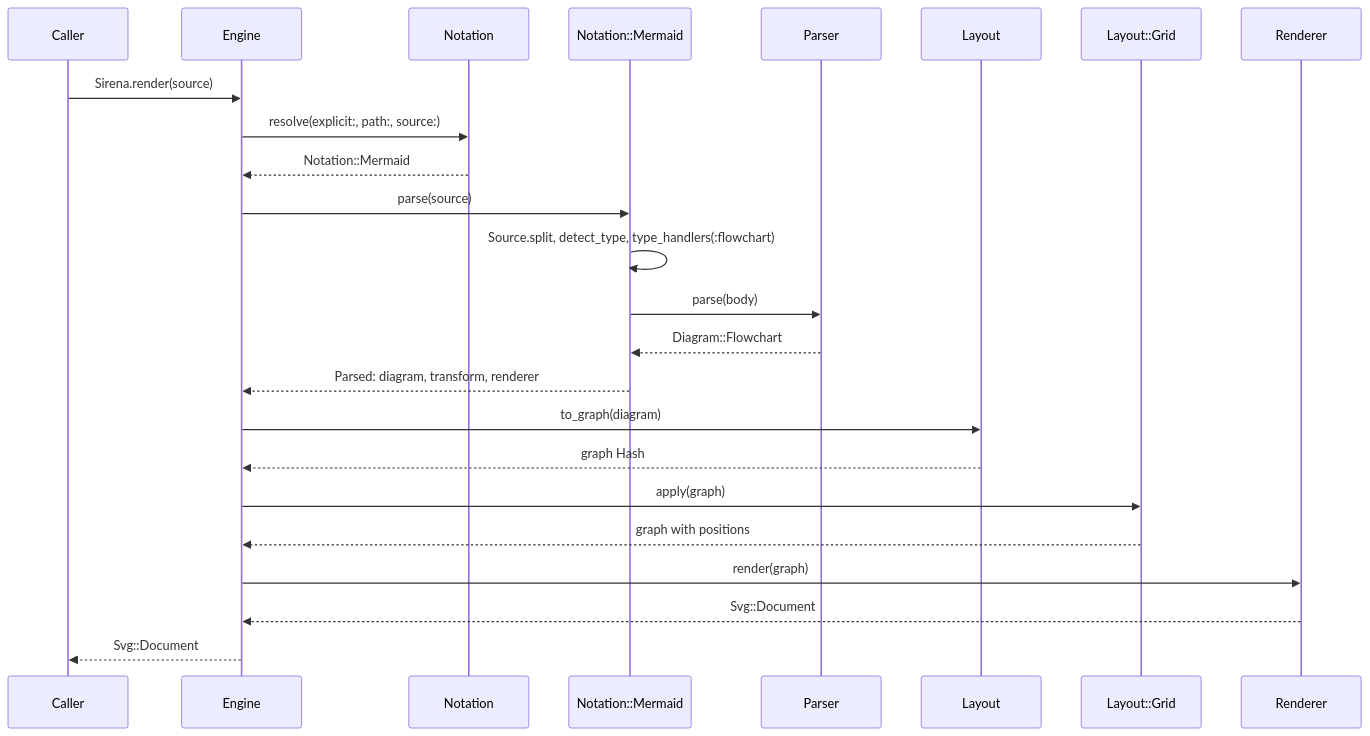
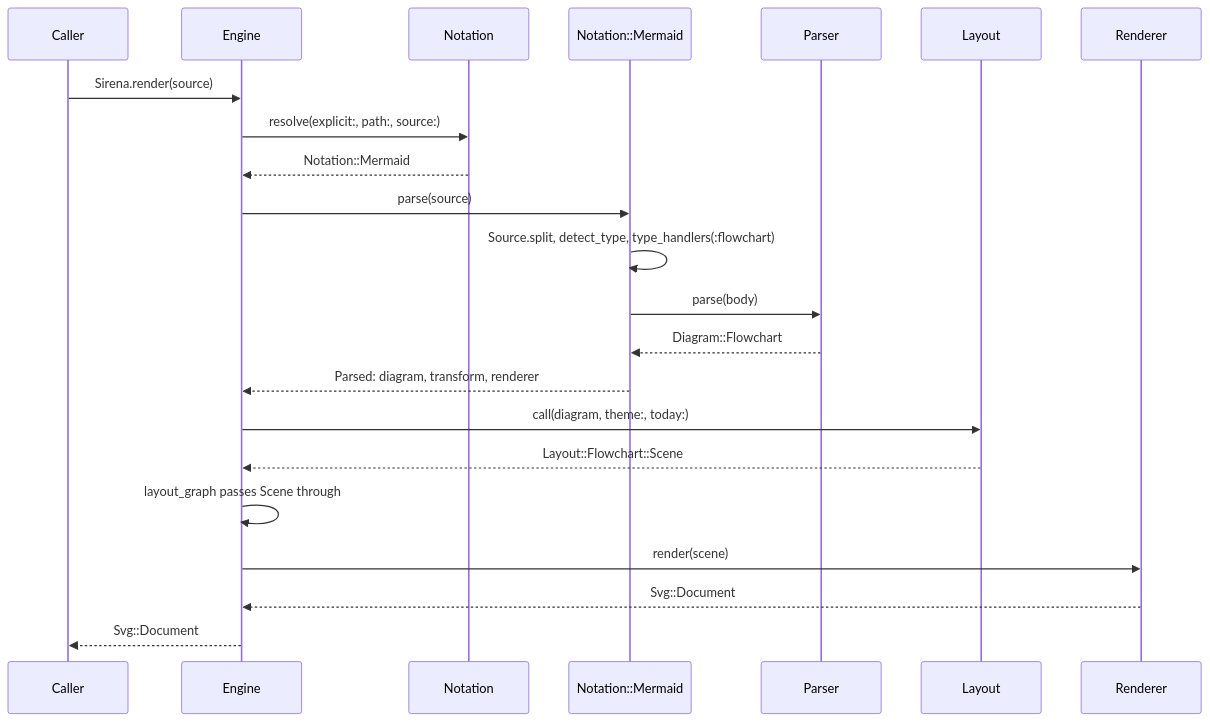
The second of 3 diagrams in ARCHITECTURE.md (claricle/sirena), drawn with Mermaid before and after one commit. The commit also changed other lines of this file, not shown here.

Commit message:
correct architecture pipeline

````diff
--- a/ARCHITECTURE.md
+++ b/ARCHITECTURE.md
@@ -540,26 +553,24 @@
 ```mermaid
 sequenceDiagram
     participant U as Caller
     participant E as Engine
     participant R as Notation
     participant N as Notation::Mermaid
     participant P as Parser
     participant T as Layout
-    participant L as Layout::Grid
     participant D as Renderer
     U->>E: Sirena.render(source)
     E->>R: resolve(explicit:, path:, source:)
     R-->>E: Notation::Mermaid
     E->>N: parse(source)
     N->>N: Source.split, detect_type, type_handlers(:flowchart)
     N->>P: parse(body)
     P-->>N: Diagram::Flowchart
     N-->>E: Parsed: diagram, transform, renderer
-    E->>T: to_graph(diagram)
-    T-->>E: graph Hash
-    E->>L: apply(graph)
-    L-->>E: graph with positions
-    E->>D: render(graph)
+    E->>T: call(diagram, theme:, today:)
+    T-->>E: Layout::Flowchart::Scene
+    E->>E: layout_graph passes Scene through
+    E->>D: render(scene)
     D-->>E: Svg::Document
     E-->>U: Svg::Document#to_xml string
 ```
````
